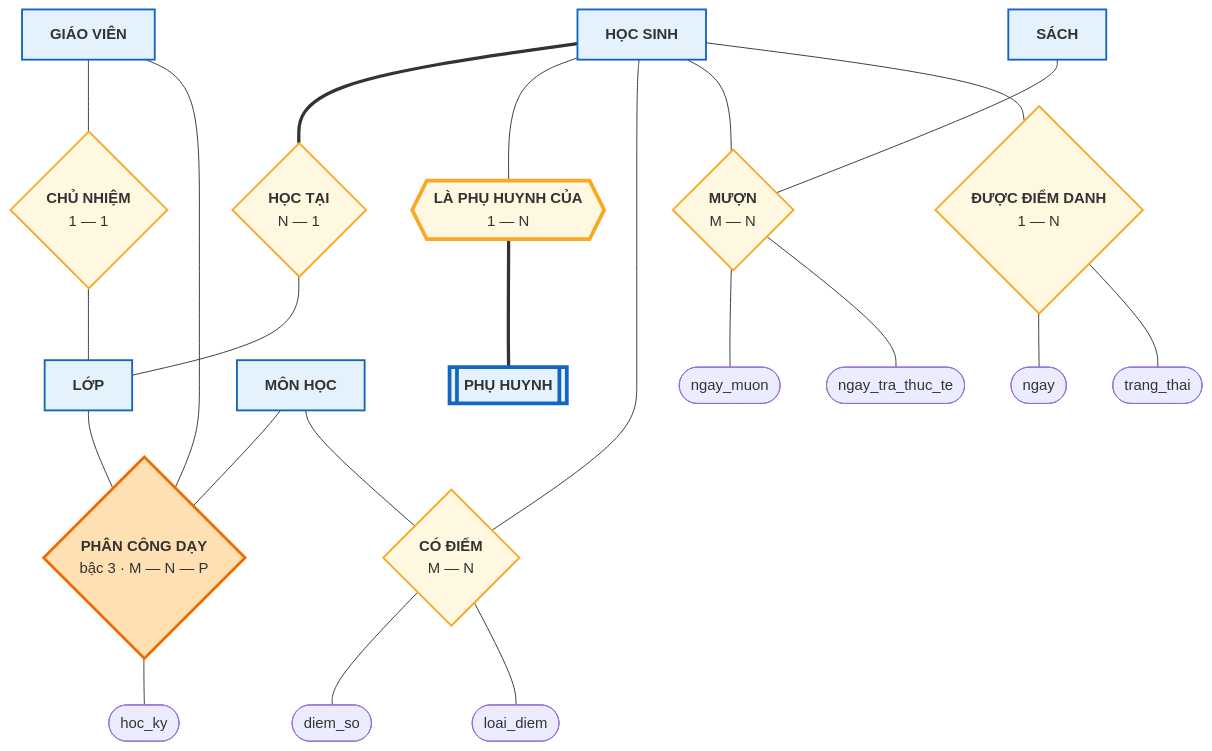
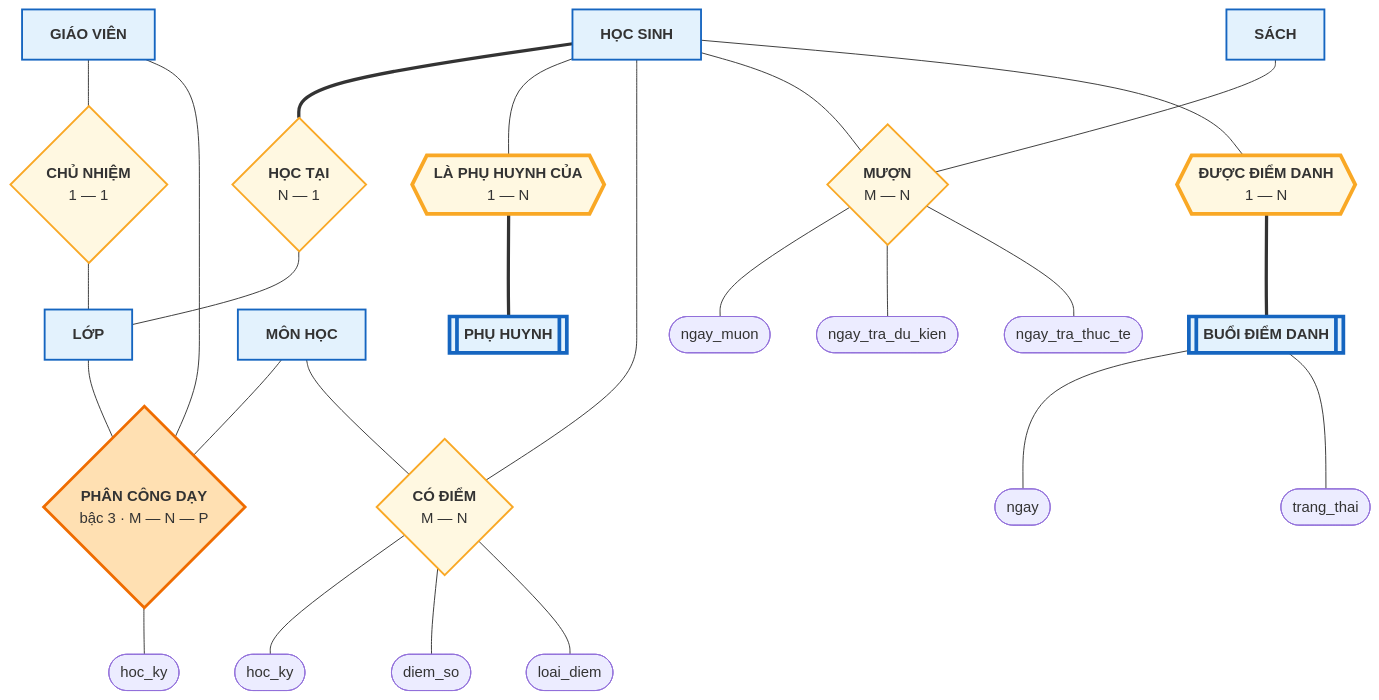
One commit to hungnguyen010518/database-tu-a-z changed the second of 2 diagrams in docs/cap-1-mo-hinh-er/10-bieu-do-er-ky-hieu-chen.md. Above: the diagram before and after it, drawn with Mermaid. The commit also changed other lines of this file and 4 other files, not shown here.

````diff
--- a/docs/cap-1-mo-hinh-er/10-bieu-do-er-ky-hieu-chen.md
+++ b/docs/cap-1-mo-hinh-er/10-bieu-do-er-ky-hieu-chen.md
@@ -197,67 +211,75 @@
 ```mermaid
 flowchart TB
     GV["<b>GIÁO VIÊN</b>"]
     L["<b>LỚP</b>"]
     HS["<b>HỌC SINH</b>"]
     PH[["<b>PHỤ HUYNH</b>"]]
     MH["<b>MÔN HỌC</b>"]
     S["<b>SÁCH</b>"]
 
     RCN{"<b>CHỦ NHIỆM</b><br/>1 — 1"}
     RHT{"<b>HỌC TẠI</b><br/>N — 1"}
     RPH{{"<b>LÀ PHỤ HUYNH CỦA</b><br/>1 — N"}}
     RPC{"<b>PHÂN CÔNG DẠY</b><br/>bậc 3 · M — N — P"}
     RD{"<b>CÓ ĐIỂM</b><br/>M — N"}
     RM{"<b>MƯỢN</b><br/>M — N"}
-    RDD{"<b>ĐƯỢC ĐIỂM DANH</b><br/>1 — N"}
+    RDD{{"<b>ĐƯỢC ĐIỂM DANH</b><br/>1 — N"}}
+
+    DD[["<b>BUỔI ĐIỂM DANH</b>"]]
 
     HKY(["hoc_ky"])
+    HKD(["hoc_ky"])
     DSO(["diem_so"])
     LDI(["loai_diem"])
     NMU(["ngay_muon"])
+    NTD(["ngay_tra_du_kien"])
     NTR(["ngay_tra_thuc_te"])
     NGA(["ngay"])
     TTH(["trang_thai"])
 
     GV --- RCN
     RCN --- L
 
     HS === RHT
     RHT --- L
 
     HS --- RPH
     RPH === PH
 
     GV --- RPC
     MH --- RPC
     L --- RPC
     RPC --- HKY
 
     HS --- RD
     MH --- RD
+    RD --- HKD
     RD --- DSO
     RD --- LDI
 
     HS --- RM
     S --- RM
     RM --- NMU
+    RM --- NTD
     RM --- NTR
 
     HS --- RDD
-    RDD --- NGA
-    RDD --- TTH
+    RDD === DD
+    DD --- NGA
+    DD --- TTH
 
     style GV fill:#e3f2fd,stroke:#1565c0,stroke-width:2px
     style L fill:#e3f2fd,stroke:#1565c0,stroke-width:2px
     style HS fill:#e3f2fd,stroke:#1565c0,stroke-width:2px
     style MH fill:#e3f2fd,stroke:#1565c0,stroke-width:2px
     style S fill:#e3f2fd,stroke:#1565c0,stroke-width:2px
     style PH fill:#e3f2fd,stroke:#1565c0,stroke-width:4px
+    style DD fill:#e3f2fd,stroke:#1565c0,stroke-width:4px
     style RCN fill:#fff8e1,stroke:#f9a825,stroke-width:2px
     style RHT fill:#fff8e1,stroke:#f9a825,stroke-width:2px
     style RPC fill:#ffe0b2,stroke:#ef6c00,stroke-width:3px
     style RD fill:#fff8e1,stroke:#f9a825,stroke-width:2px
     style RM fill:#fff8e1,stroke:#f9a825,stroke-width:2px
-    style RDD fill:#fff8e1,stroke:#f9a825,stroke-width:2px
+    style RDD fill:#fff8e1,stroke:#f9a825,stroke-width:4px
     style RPH fill:#fff8e1,stroke:#f9a825,stroke-width:4px
 ```
````
